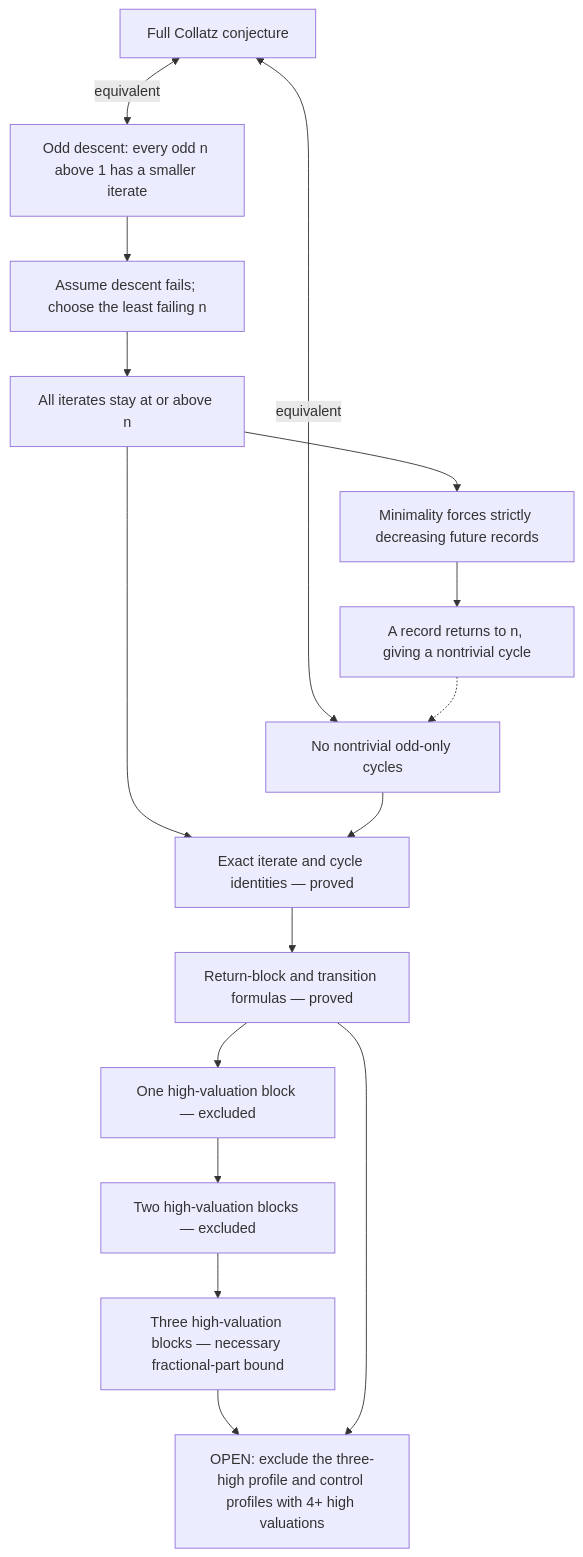
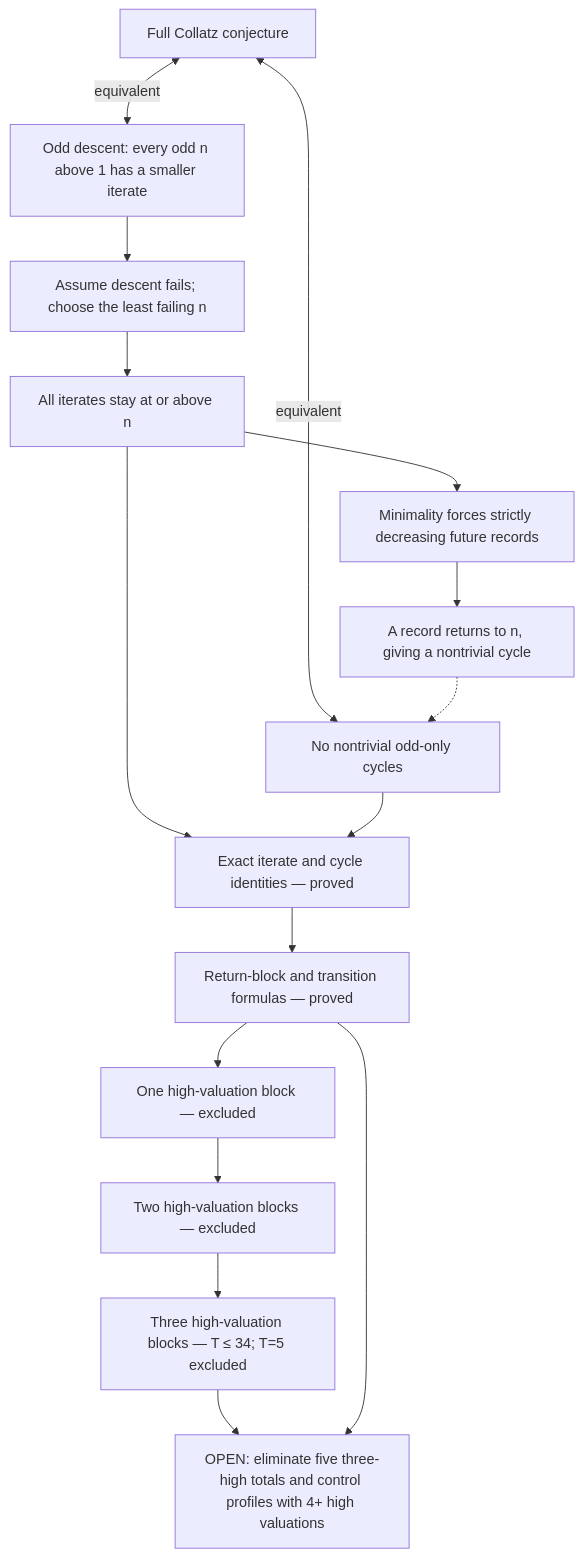
One commit to bassnicole1026-pixel/uctproject changed the diagram in ROADMAP.md. Above: the diagram before and after it, drawn with Mermaid. The commit also changed other lines of this file and 1 other file, not shown here.

Commit message:
Exclude the T=5 three-block Collatz case

````diff
--- a/ROADMAP.md
+++ b/ROADMAP.md
@@ -1270,18 +1402,18 @@
 ```mermaid
 flowchart TD
     C["Full Collatz conjecture"] <-->|equivalent| D["Odd descent: every odd n above 1 has a smaller iterate"]
     C <-->|equivalent| Q["No nontrivial odd-only cycles"]
     D --> H["Assume descent fails; choose the least failing n"]
     H --> N["All iterates stay at or above n"]
     N --> R["Minimality forces strictly decreasing future records"]
     R --> Y["A record returns to n, giving a nontrivial cycle"]
     Y -.-> Q
     N --> I["Exact iterate and cycle identities — proved"]
     Q --> I
     I --> B["Return-block and transition formulas — proved"]
     B --> H1["One high-valuation block — excluded"]
     H1 --> H2["Two high-valuation blocks — excluded"]
-    H2 --> H3["Three high-valuation blocks — necessary fractional-part bound"]
-    H3 --> O["OPEN: exclude the three-high profile and control profiles with 4+ high valuations"]
+    H2 --> H3["Three high-valuation blocks — T ≤ 34; T=5 excluded"]
+    H3 --> O["OPEN: eliminate five three-high totals and control profiles with 4+ high valuations"]
     B --> O
 ```
````
